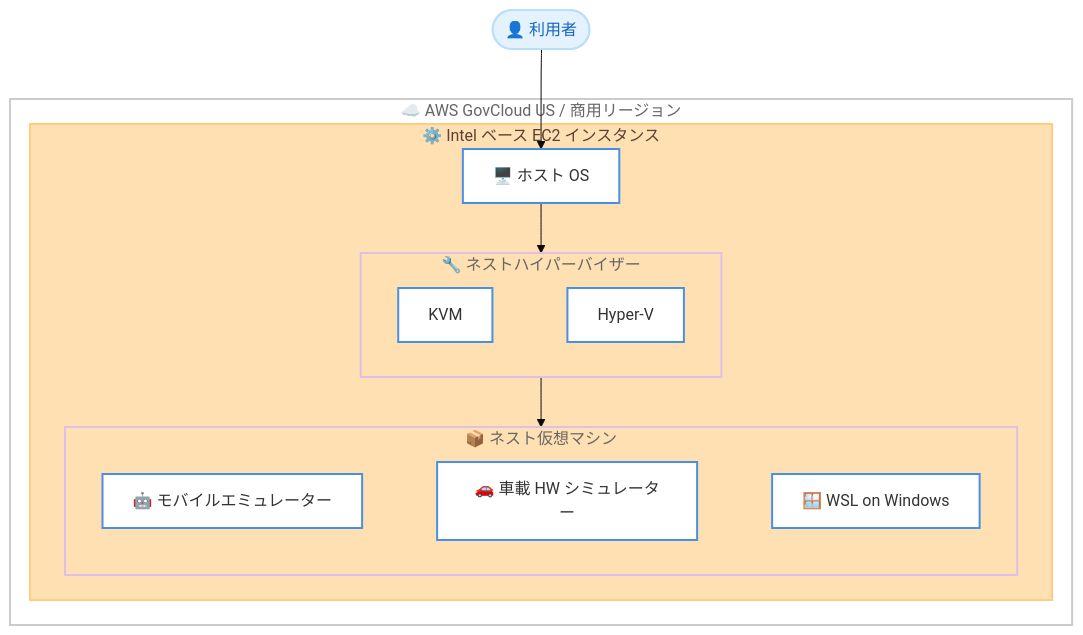
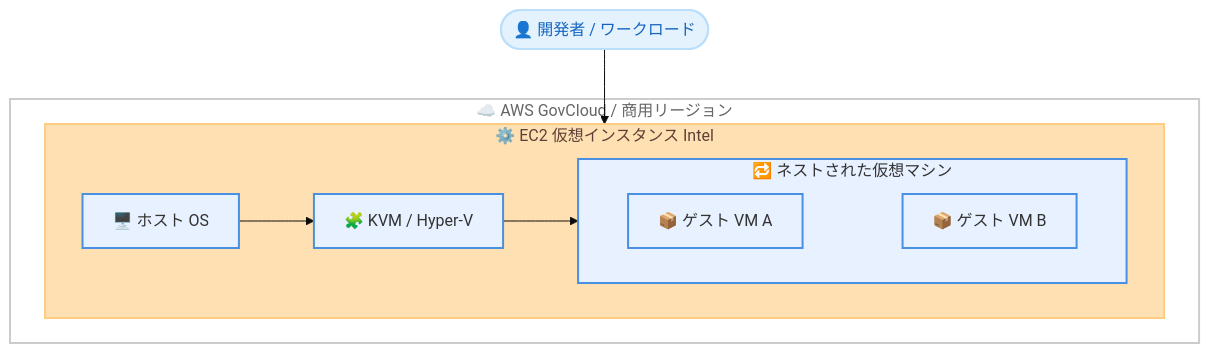
Before and after one commit to takech9203/aws-news-summary: the diagram in reports/2026/2026-06-18-nested-virtualization-intel-us-gov-cloud.md, drawn with Mermaid (base theme). The commit also changed other lines of this file and 27 other files, not shown here.

````diff
--- a/reports/2026/2026-06-18-nested-virtualization-intel-us-gov-cloud.md
+++ b/reports/2026/2026-06-18-nested-virtualization-intel-us-gov-cloud.md
@@ -32,37 +32,29 @@
 ```mermaid
 flowchart TD
-    subgraph AWS["☁️ AWS GovCloud US / 商用リージョン"]
-        subgraph EC2["⚙️ Intel ベース EC2 インスタンス"]
+    subgraph AWS["☁️ AWS GovCloud / 商用リージョン"]
+        subgraph EC2["⚙️ EC2 仮想インスタンス Intel"]
             Host["🖥️ ホスト OS"]
-            subgraph Hypervisor["🔧 ネストハイパーバイザー"]
+            Hypervisor["🧩 KVM / Hyper-V"]
+            subgraph Nested["🔁 ネストされた仮想マシン"]
                 direction LR
-                KVM["KVM"]
-                HyperV["Hyper-V"]
-                KVM ~~~ HyperV
+                VM1["📦 ゲスト VM A"]
+                VM2["📦 ゲスト VM B"]
+                VM1 ~~~ VM2
             end
-            subgraph Nested["📦 ネスト仮想マシン"]
-                direction LR
-                VM1["🤖 モバイルエミュレーター"]
-                VM2["🚗 車載 HW シミュレーター"]
-                VM3["🪟 WSL on Windows"]
-                VM1 ~~~ VM2 ~~~ VM3
-            end
+            Host --> Hypervisor
+            Hypervisor --> Nested
         end
     end
 
-    User(["👤 利用者"]) --> Host
-    Host --> Hypervisor
-    Hypervisor --> Nested
+    Dev(["👤 開発者 / ワークロード"]) --> EC2
 
     classDef cloud fill:none,stroke:#CCCCCC,stroke-width:2px,color:#666666
     classDef compute fill:#FFE0B2,stroke:#FFCC80,stroke-width:2px,color:#5D4037
-    classDef layer fill:none,stroke:#E1BEE7,stroke-width:2px,color:#666666
-    classDef process fill:#FFFFFF,stroke:#4A90E2,stroke-width:2px,color:#333333
+    classDef internal fill:#E8F1FF,stroke:#4A90E2,stroke-width:2px,color:#333333
     classDef user fill:#E3F2FD,stroke:#BBDEFB,stroke-width:2px,color:#1565C0
 
     class AWS cloud
     class EC2 compute
-    class Hypervisor,Nested layer
-    class Host,KVM,HyperV,VM1,VM2,VM3 process
-    class User user
+    class Host,Hypervisor,Nested,VM1,VM2 internal
+    class Dev user
 ```
````
